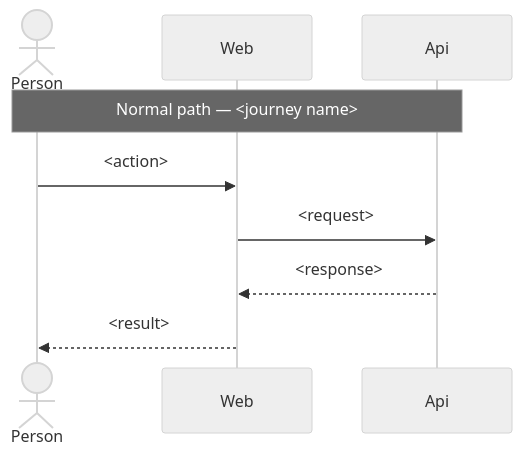
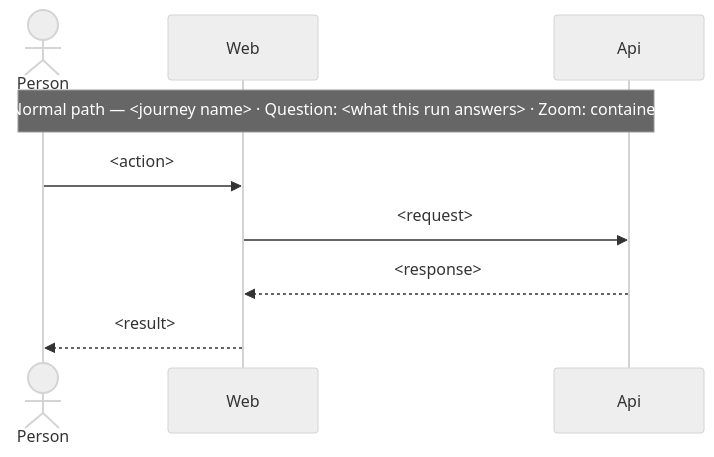
One commit to eugenelim/agent-ready-repo changed the third of 4 diagrams in packs/architect/.apm/skills/architect-design/assets/application-system-design.md. Above: the diagram before and after it, drawn with Mermaid (neutral theme). The commit also changed other lines of this file and 24 other files, not shown here.

````diff
--- a/packs/architect/.apm/skills/architect-design/assets/application-system-design.md
+++ b/packs/architect/.apm/skills/architect-design/assets/application-system-design.md
@@ -98,11 +100,11 @@
 ```mermaid
 sequenceDiagram
     actor Person
     participant Web
     participant Api
-    Note over Person,Api: Normal path — <journey name>
+    Note over Person,Api: Normal path — <journey name> · Question: <what this run answers> · Zoom: container
     Person->>Web: <action>
     Web->>Api: <request>
     Api-->>Web: <response>
     Web-->>Person: <result>
 ```
````
